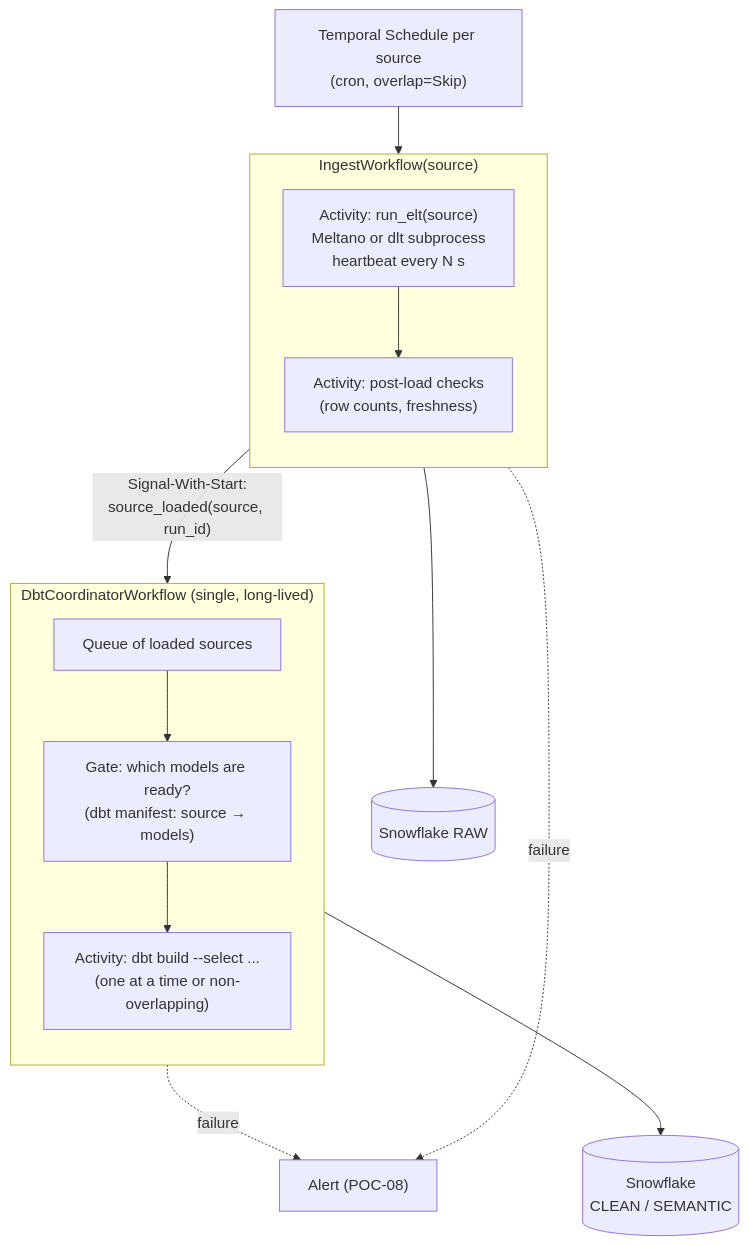
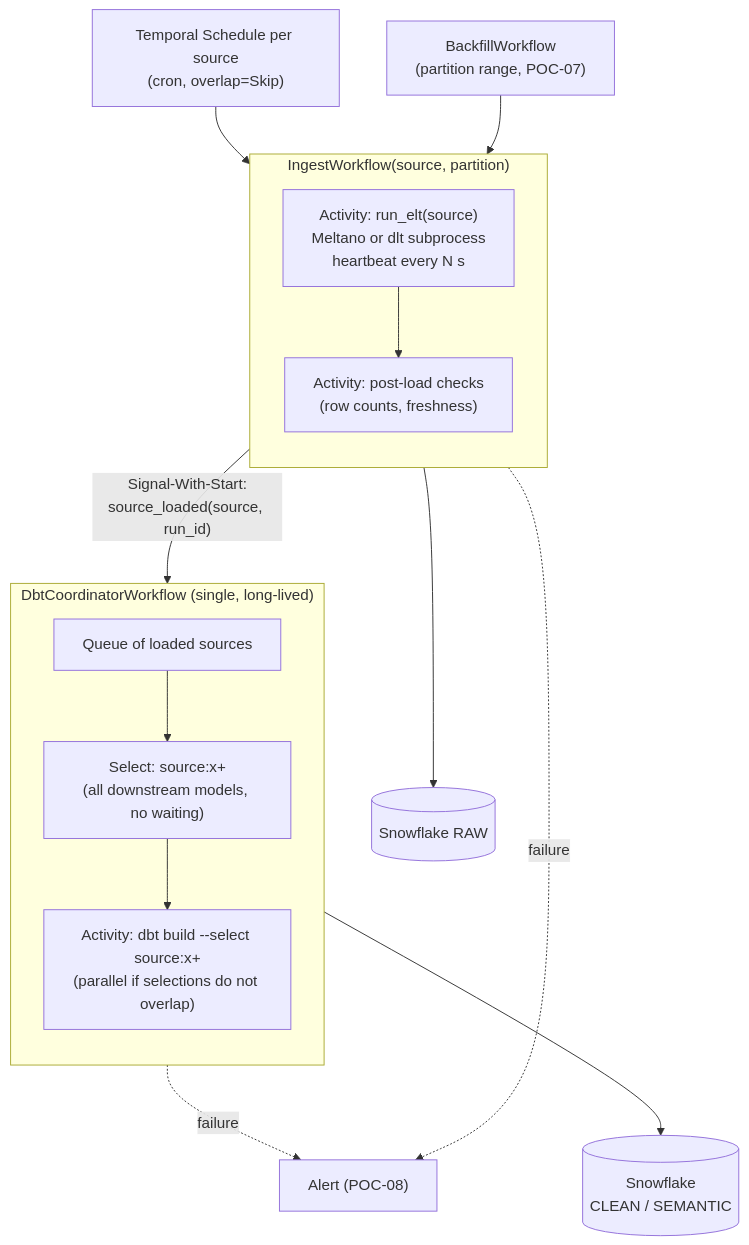
Before and after one commit to infroid/temporal-vs-dagster: the diagram in migration/02-feature-mapping.md, drawn with Mermaid. The commit also changed other lines of this file and 6 other files, not shown here.

````diff
--- a/migration/02-feature-mapping.md
+++ b/migration/02-feature-mapping.md
@@ -10,18 +10,19 @@
 ```mermaid
 flowchart TB
   SCH["Temporal Schedule per source<br/>(cron, overlap=Skip)"] --> IW
-  subgraph IW["IngestWorkflow(source)"]
+  BF["BackfillWorkflow<br/>(partition range, POC-07)"] --> IW
+  subgraph IW["IngestWorkflow(source, partition)"]
     direction TB
     A1["Activity: run_elt(source)<br/>Meltano or dlt subprocess<br/>heartbeat every N s"] --> A2["Activity: post-load checks<br/>(row counts, freshness)"]
   end
   IW -->|"Signal-With-Start:<br/>source_loaded(source, run_id)"| DC
   subgraph DC["DbtCoordinatorWorkflow (single, long-lived)"]
     direction TB
-    Q["Queue of loaded sources"] --> G["Gate: which models are ready?<br/>(dbt manifest: source → models)"]
-    G --> B["Activity: dbt build --select ...<br/>(one at a time or non-overlapping)"]
+    Q["Queue of loaded sources"] --> G["Select: source:x+<br/>(all downstream models, no waiting)"]
+    G --> B["Activity: dbt build --select source:x+<br/>(parallel if selections do not overlap)"]
   end
   B --> SNOW[("Snowflake<br/>CLEAN / SEMANTIC")]
   A1 --> RAW[("Snowflake RAW")]
   IW -. failure .-> AL["Alert (POC-08)"]
   DC -. failure .-> AL
 ```
````
